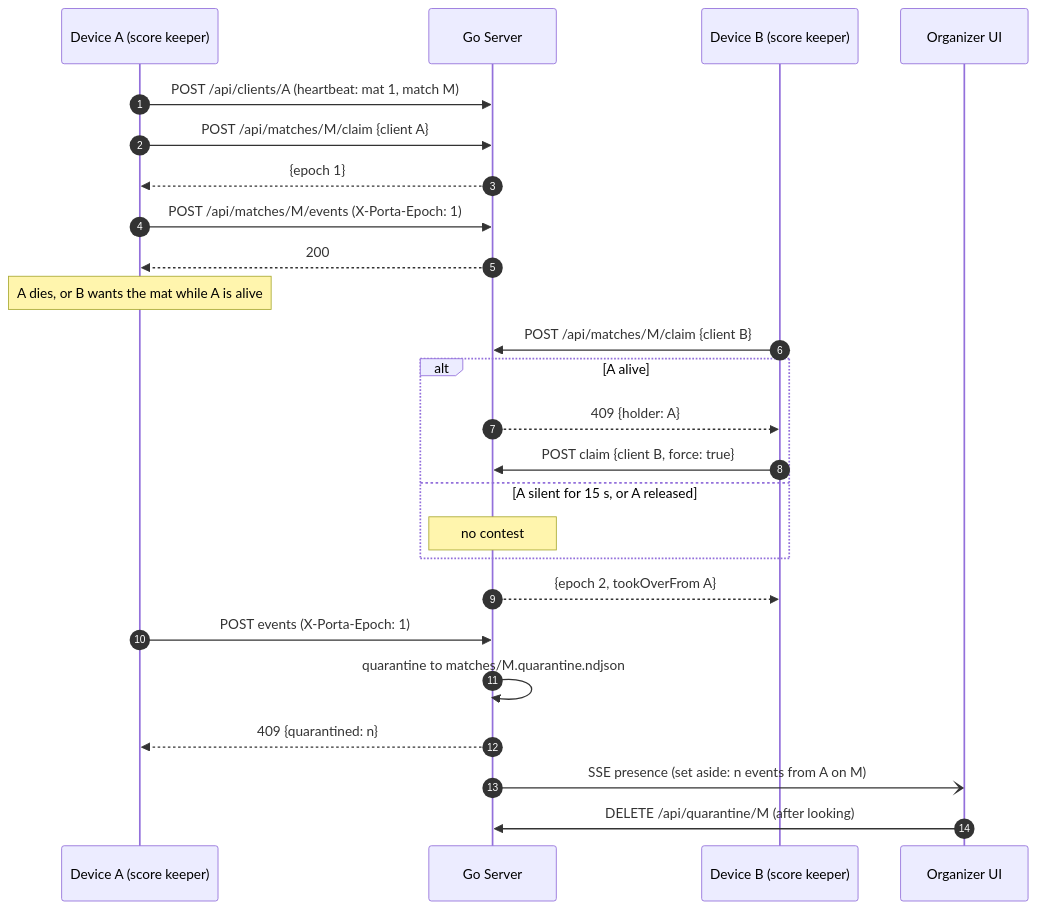
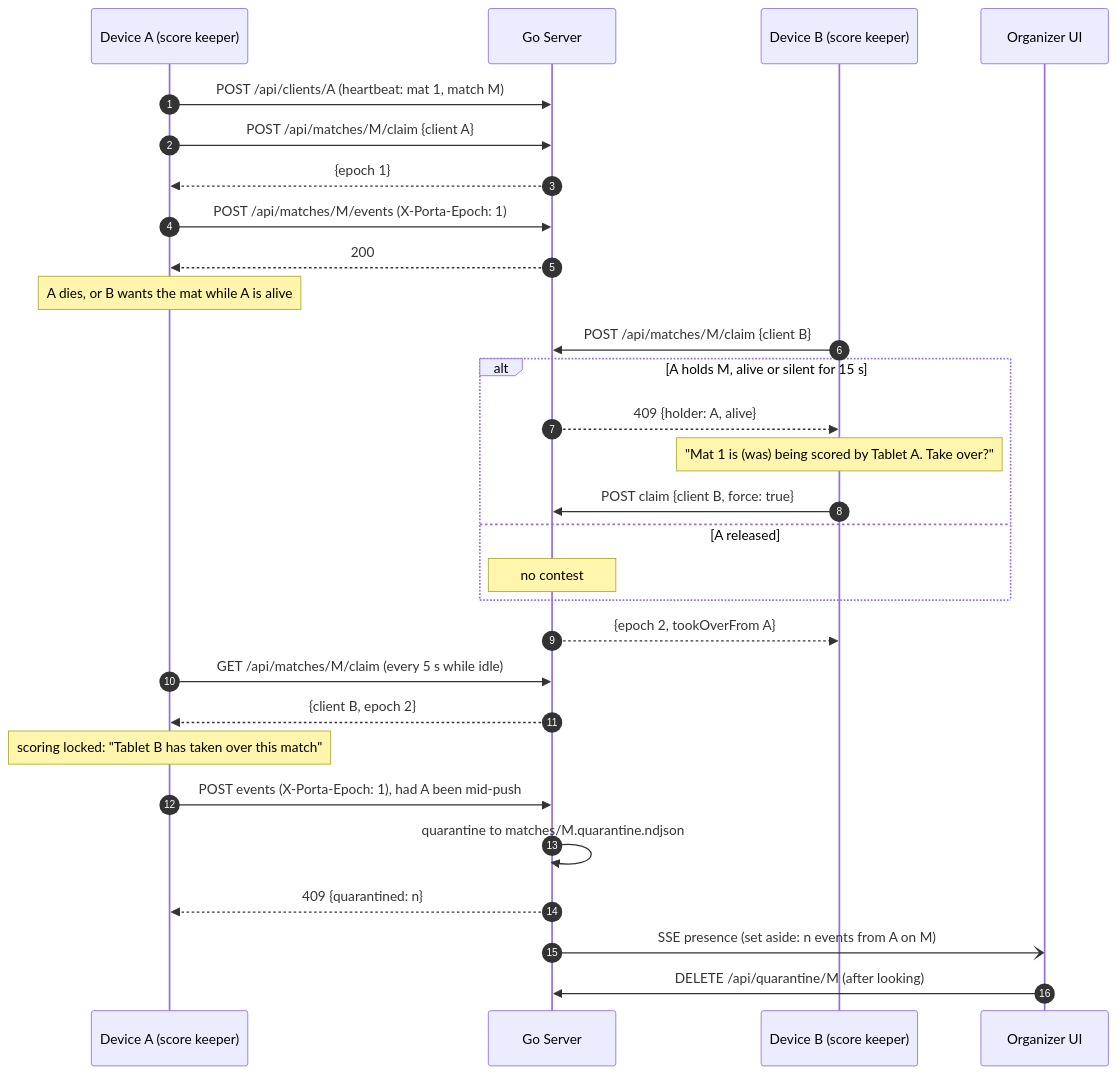
Before and after one commit to fylke/porta-di-ferro: diagram 12 of 14 in docs/architecture.md, drawn with Mermaid. The commit also changed other lines of this file and 13 other files, not shown here.

First line of the commit message:
Ask before taking a match from any score keeper, and lock the one taken over (#150) (#152)

````diff
--- a/docs/architecture.md
+++ b/docs/architecture.md
@@ -338,30 +338,34 @@
 ```mermaid
 sequenceDiagram
     autonumber
     participant A as Device A (score keeper)
     participant S as Go Server
     participant B as Device B (score keeper)
     participant O as Organizer UI
 
     A->>S: POST /api/clients/A (heartbeat: mat 1, match M)
     A->>S: POST /api/matches/M/claim {client A}
     S-->>A: {epoch 1}
     A->>S: POST /api/matches/M/events (X-Porta-Epoch: 1)
     S-->>A: 200
 
     Note over A: A dies, or B wants the mat while A is alive
     B->>S: POST /api/matches/M/claim {client B}
-    alt A alive
-        S-->>B: 409 {holder: A}
+    alt A holds M, alive or silent for 15 s
+        S-->>B: 409 {holder: A, alive}
+        Note over B: "Mat 1 is (was) being scored by Tablet A. Take over?"
         B->>S: POST claim {client B, force: true}
-    else A silent for 15 s, or A released
+    else A released
         Note over S: no contest
     end
     S-->>B: {epoch 2, tookOverFrom A}
 
-    A->>S: POST events (X-Porta-Epoch: 1)
+    A->>S: GET /api/matches/M/claim (every 5 s while idle)
+    S-->>A: {client B, epoch 2}
+    Note over A: scoring locked: "Tablet B has taken over this match"
+    A->>S: POST events (X-Porta-Epoch: 1), had A been mid-push
     S->>S: quarantine to matches/M.quarantine.ndjson
     S-->>A: 409 {quarantined: n}
     S-)O: SSE presence (set aside: n events from A on M)
     O->>S: DELETE /api/quarantine/M (after looking)
 ```
````
